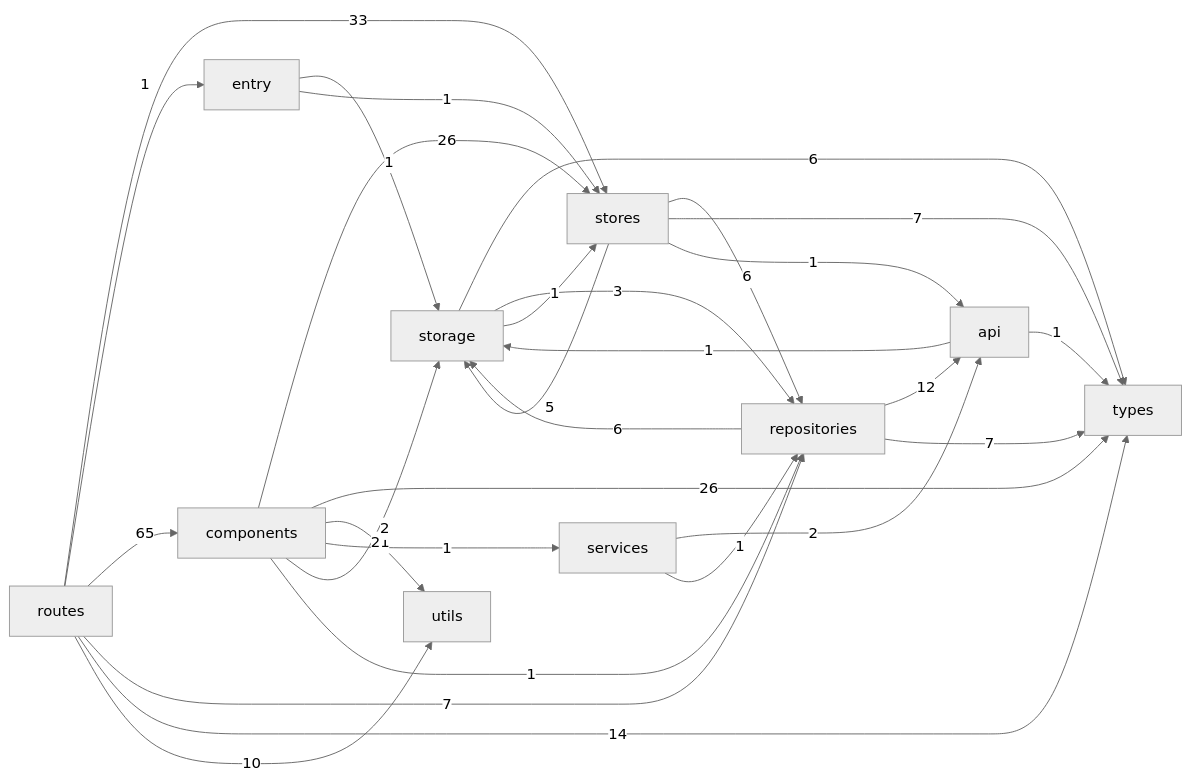
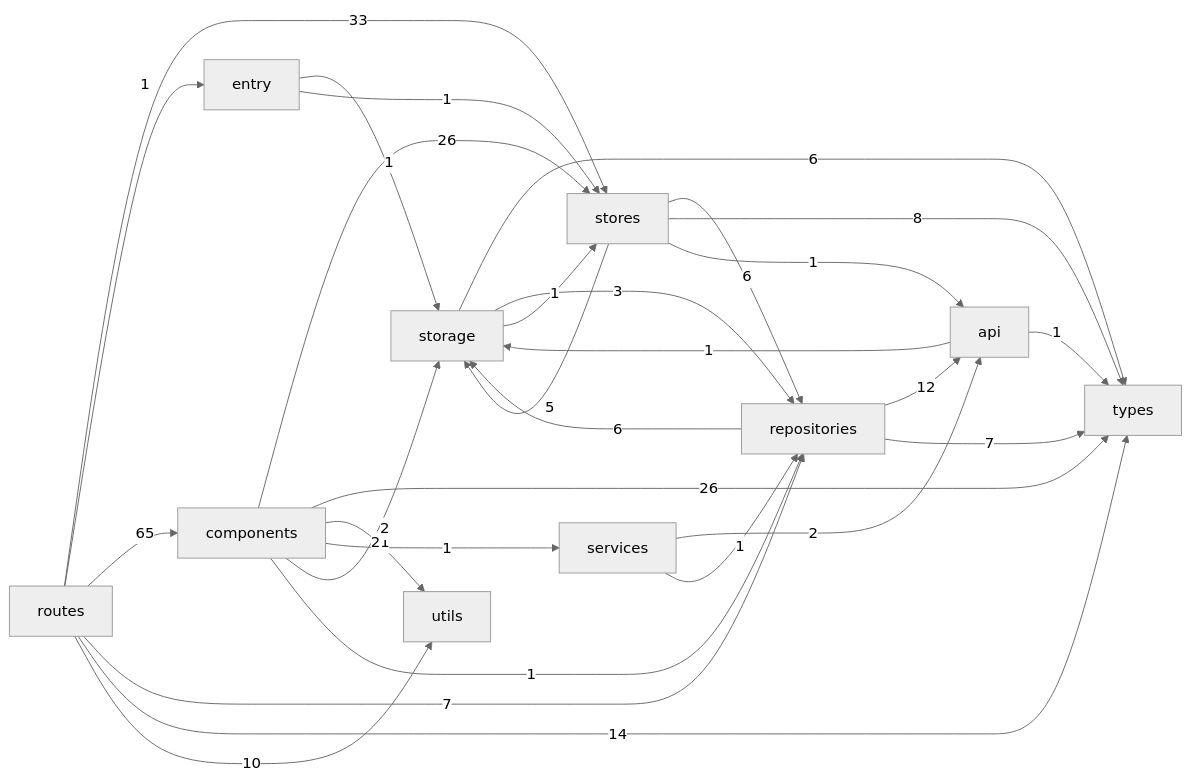
The second of 2 diagrams in docs/CODEBASE_GRAPH.md (surajfale/notes-tasks), drawn with Mermaid (neutral theme) before and after one commit. The commit also changed other lines of this file and 2 other files, not shown here.

````diff
--- a/docs/CODEBASE_GRAPH.md
+++ b/docs/CODEBASE_GRAPH.md
@@ -49,31 +49,31 @@
 ```mermaid
 flowchart LR
     entry["entry"] -->|1| storage["storage"]
     entry["entry"] -->|1| stores["stores"]
     api["api"] -->|1| storage["storage"]
     api["api"] -->|1| types["types"]
     components["components"] -->|26| stores["stores"]
     components["components"] -->|26| types["types"]
     components["components"] -->|21| utils["utils"]
     components["components"] -->|1| services["services"]
     components["components"] -->|2| storage["storage"]
     components["components"] -->|1| repositories["repositories"]
     repositories["repositories"] -->|12| api["api"]
     repositories["repositories"] -->|7| types["types"]
     repositories["repositories"] -->|6| storage["storage"]
     services["services"] -->|2| api["api"]
     services["services"] -->|1| repositories["repositories"]
     storage["storage"] -->|6| types["types"]
     storage["storage"] -->|3| repositories["repositories"]
     storage["storage"] -->|1| stores["stores"]
     stores["stores"] -->|6| repositories["repositories"]
     stores["stores"] -->|5| storage["storage"]
-    stores["stores"] -->|7| types["types"]
+    stores["stores"] -->|8| types["types"]
     stores["stores"] -->|1| api["api"]
     routes["routes"] -->|33| stores["stores"]
     routes["routes"] -->|1| entry["entry"]
     routes["routes"] -->|65| components["components"]
     routes["routes"] -->|7| repositories["repositories"]
     routes["routes"] -->|14| types["types"]
     routes["routes"] -->|10| utils["utils"]
 ```
````
